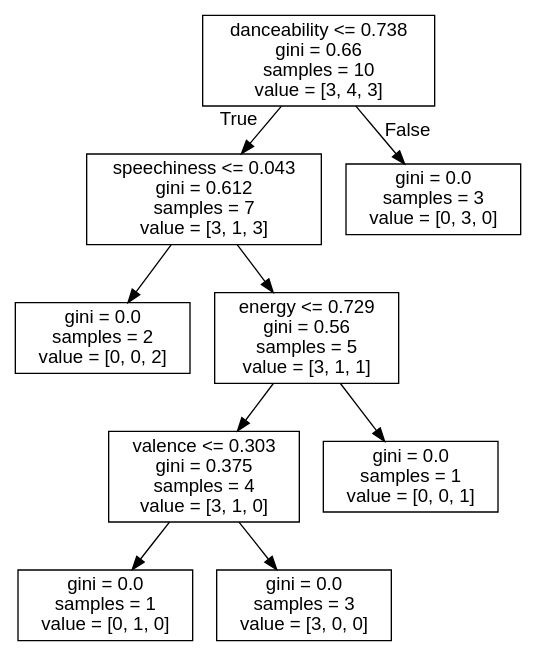
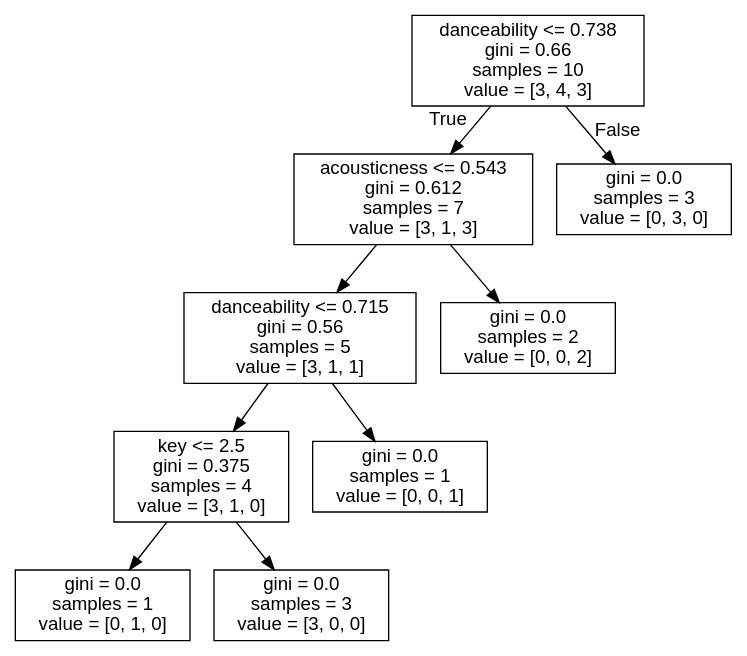
One commit to y00nup/GunnHacks8.0 changed the diagram in tree.dot. Above: the diagram before and after it, drawn with Graphviz. The commit also changed 3 other files, not shown here.

```diff
--- a/tree.dot
+++ b/tree.dot
@@ -1,21 +1,21 @@
 digraph Tree {
 node [shape=box, fontname="helvetica"] ;
 edge [fontname="helvetica"] ;
 0 [label="danceability <= 0.738\ngini = 0.66\nsamples = 10\nvalue = [3, 4, 3]"] ;
-1 [label="speechiness <= 0.043\ngini = 0.612\nsamples = 7\nvalue = [3, 1, 3]"] ;
+1 [label="acousticness <= 0.543\ngini = 0.612\nsamples = 7\nvalue = [3, 1, 3]"] ;
 0 -> 1 [labeldistance=2.5, labelangle=45, headlabel="True"] ;
-2 [label="gini = 0.0\nsamples = 2\nvalue = [0, 0, 2]"] ;
+2 [label="danceability <= 0.715\ngini = 0.56\nsamples = 5\nvalue = [3, 1, 1]"] ;
 1 -> 2 ;
-3 [label="energy <= 0.729\ngini = 0.56\nsamples = 5\nvalue = [3, 1, 1]"] ;
-1 -> 3 ;
-4 [label="valence <= 0.303\ngini = 0.375\nsamples = 4\nvalue = [3, 1, 0]"] ;
+3 [label="key <= 2.5\ngini = 0.375\nsamples = 4\nvalue = [3, 1, 0]"] ;
+2 -> 3 ;
+4 [label="gini = 0.0\nsamples = 1\nvalue = [0, 1, 0]"] ;
 3 -> 4 ;
-5 [label="gini = 0.0\nsamples = 1\nvalue = [0, 1, 0]"] ;
-4 -> 5 ;
-6 [label="gini = 0.0\nsamples = 3\nvalue = [3, 0, 0]"] ;
-4 -> 6 ;
-7 [label="gini = 0.0\nsamples = 1\nvalue = [0, 0, 1]"] ;
-3 -> 7 ;
+5 [label="gini = 0.0\nsamples = 3\nvalue = [3, 0, 0]"] ;
+3 -> 5 ;
+6 [label="gini = 0.0\nsamples = 1\nvalue = [0, 0, 1]"] ;
+2 -> 6 ;
+7 [label="gini = 0.0\nsamples = 2\nvalue = [0, 0, 2]"] ;
+1 -> 7 ;
 8 [label="gini = 0.0\nsamples = 3\nvalue = [0, 3, 0]"] ;
 0 -> 8 [labeldistance=2.5, labelangle=-45, headlabel="False"] ;
 }
```
